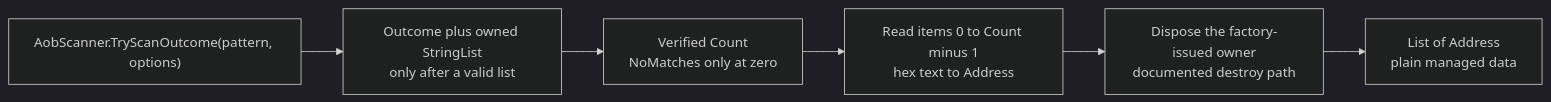
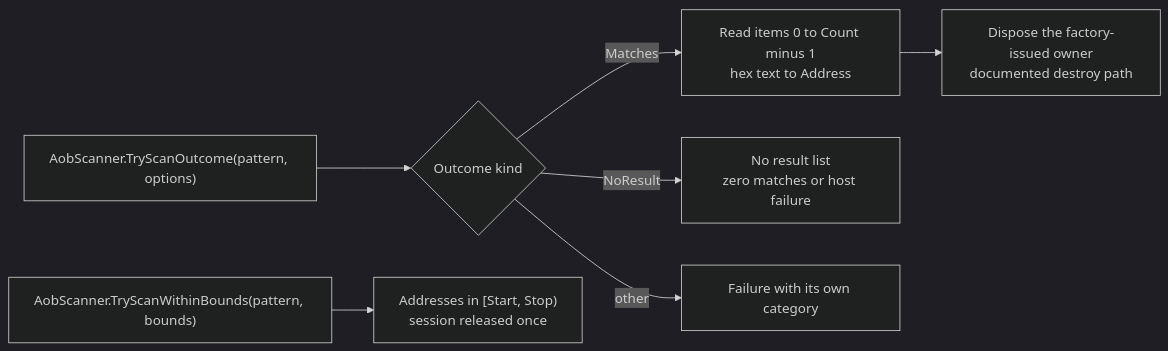
One commit to CheatEngineNet/CheatEngine.SDK changed the diagram in exemples/05-aob-scans/README.md. Above: the diagram before and after it, drawn with Mermaid (dark theme). The commit also changed other lines of this file and 3 other files, not shown here.

````diff
--- a/exemples/05-aob-scans/README.md
+++ b/exemples/05-aob-scans/README.md
@@ -131,8 +177,9 @@
 ```mermaid
 flowchart LR
-    A["AobScanner.TryScanOutcome(pattern, options)"] --> B["Outcome plus owned StringList<br/>only after a valid list"]
-    B --> C["Verified Count<br/>NoMatches only at zero"]
-    C --> D["Read items 0 to Count minus 1<br/>hex text to Address"]
-    D --> E["Dispose the factory-issued owner<br/>documented destroy path"]
-    E --> F["List of Address<br/>plain managed data"]
+    A["AobScanner.TryScanOutcome(pattern, options)"] --> B{"Outcome kind"}
+    B -->|Matches| C["Read items 0 to Count minus 1<br/>hex text to Address"]
+    C --> D["Dispose the factory-issued owner<br/>documented destroy path"]
+    B -->|NoResult| E["No result list<br/>zero matches or host failure"]
+    B -->|other| F["Failure with its own category"]
+    G["AobScanner.TryScanWithinBounds(pattern, bounds)"] --> H["Addresses in [Start, Stop)<br/>session released once"]
 ```
````
